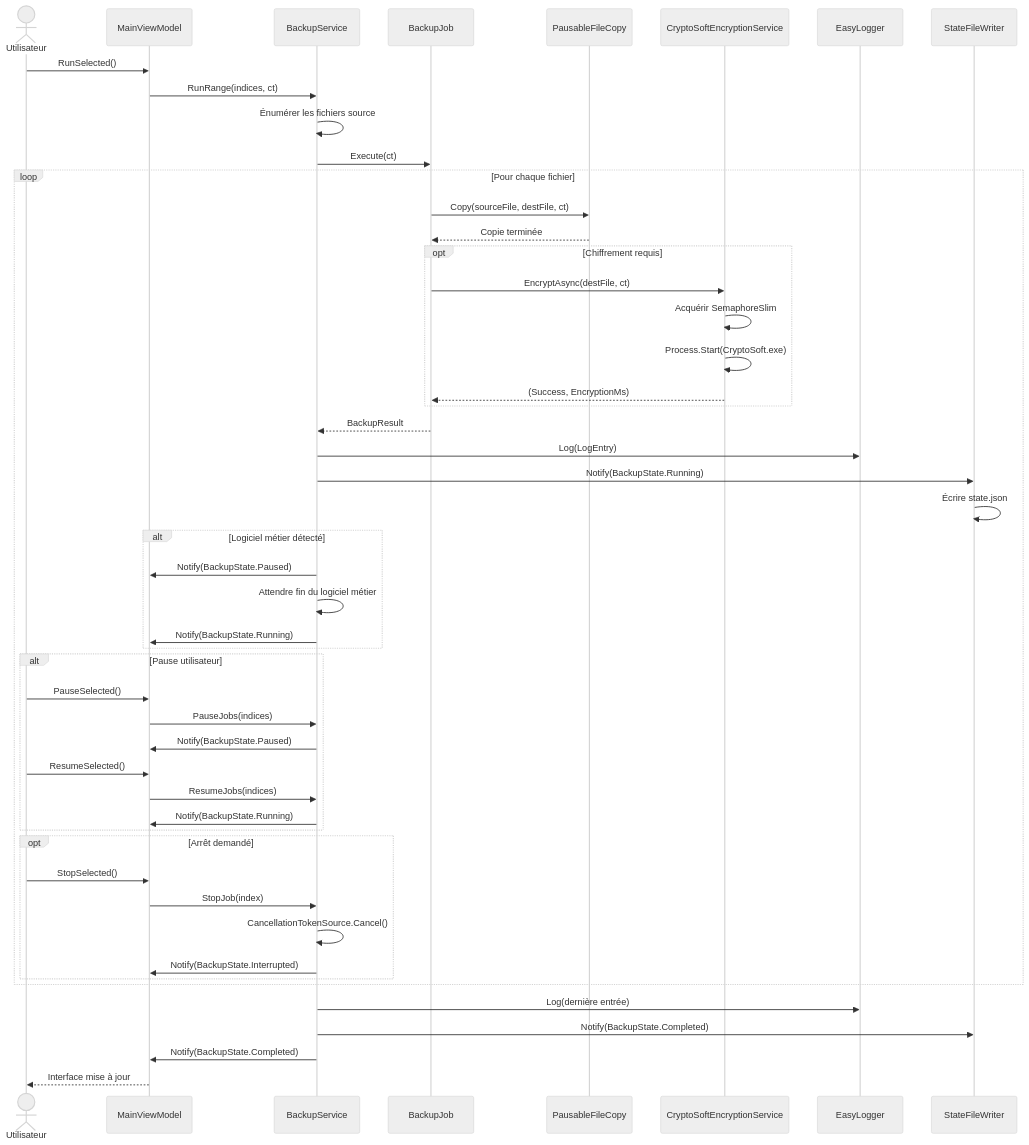
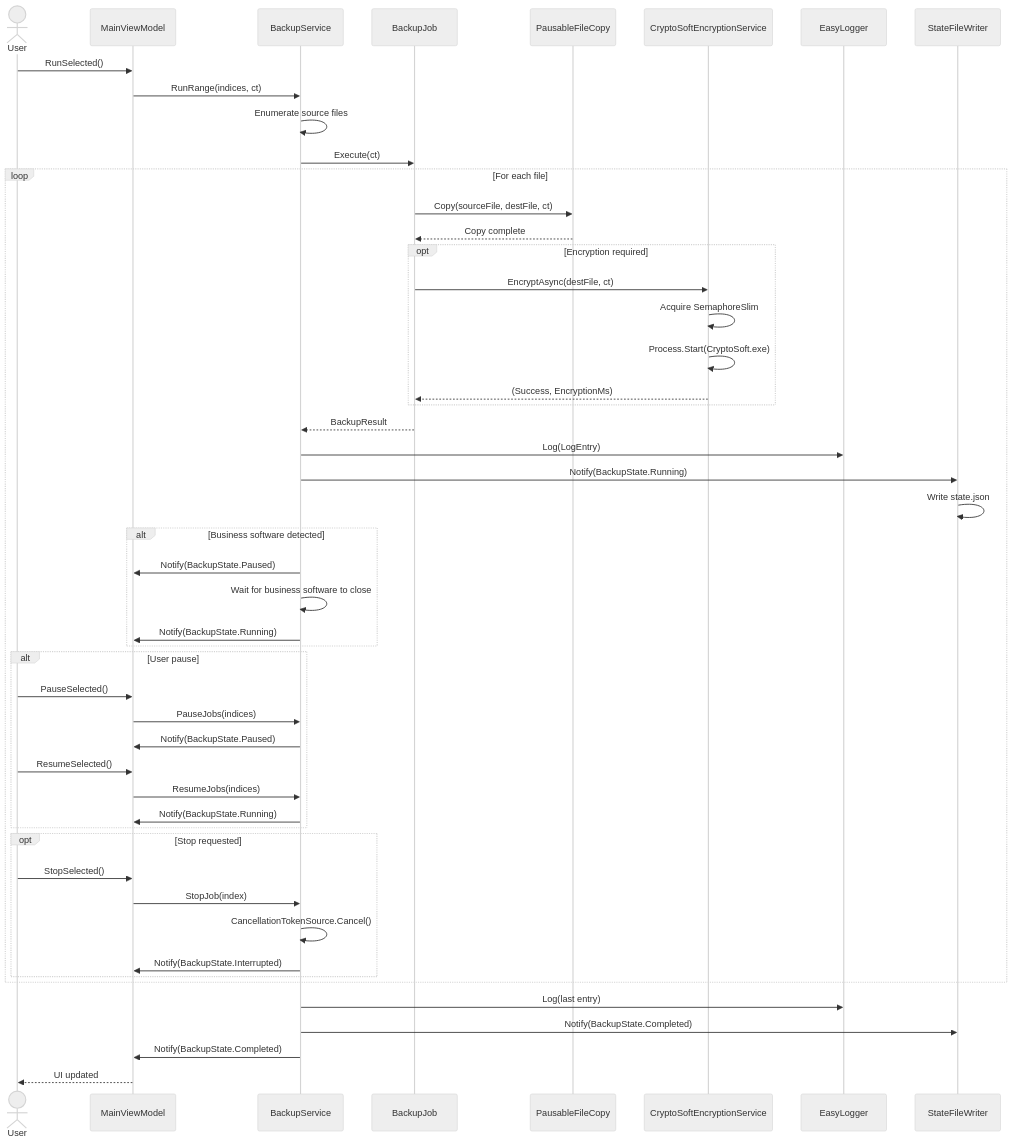
The third of 4 diagrams in docs/release-v3.0.md (Low8/EasySave), drawn with Mermaid (neutral theme) before and after one commit. The commit also changed other lines of this file, not shown here.

````diff
--- a/docs/release-v3.0.md
+++ b/docs/release-v3.0.md
@@ -500,60 +500,60 @@
 ```mermaid
 sequenceDiagram
-    actor User as Utilisateur
+    actor User as User
     participant MVM as MainViewModel
     participant BS as BackupService
     participant BJ as BackupJob
     participant PFC as PausableFileCopy
     participant CES as CryptoSoftEncryptionService
     participant EL as EasyLogger
     participant SFW as StateFileWriter
 
     User->>MVM: RunSelected()
     MVM->>BS: RunRange(indices, ct)
-    BS->>BS: Énumérer les fichiers source
+    BS->>BS: Enumerate source files
     BS->>BJ: Execute(ct)
 
-    loop Pour chaque fichier
+    loop For each file
         BJ->>PFC: Copy(sourceFile, destFile, ct)
-        PFC-->>BJ: Copie terminée
+        PFC-->>BJ: Copy complete
 
-        opt Chiffrement requis
+        opt Encryption required
             BJ->>CES: EncryptAsync(destFile, ct)
-            CES->>CES: Acquérir SemaphoreSlim
+            CES->>CES: Acquire SemaphoreSlim
             CES->>CES: Process.Start(CryptoSoft.exe)
             CES-->>BJ: (Success, EncryptionMs)
         end
 
         BJ-->>BS: BackupResult
         BS->>EL: Log(LogEntry)
         BS->>SFW: Notify(BackupState.Running)
-        SFW->>SFW: Écrire state.json
+        SFW->>SFW: Write state.json
 
-        alt Logiciel métier détecté
+        alt Business software detected
             BS->>MVM: Notify(BackupState.Paused)
-            BS->>BS: Attendre fin du logiciel métier
+            BS->>BS: Wait for business software to close
             BS->>MVM: Notify(BackupState.Running)
         end
 
-        alt Pause utilisateur
+        alt User pause
             User->>MVM: PauseSelected()
             MVM->>BS: PauseJobs(indices)
             BS->>MVM: Notify(BackupState.Paused)
             User->>MVM: ResumeSelected()
             MVM->>BS: ResumeJobs(indices)
             BS->>MVM: Notify(BackupState.Running)
         end
 
-        opt Arrêt demandé
+        opt Stop requested
             User->>MVM: StopSelected()
             MVM->>BS: StopJob(index)
             BS->>BS: CancellationTokenSource.Cancel()
             BS->>MVM: Notify(BackupState.Interrupted)
         end
     end
 
-    BS->>EL: Log(dernière entrée)
+    BS->>EL: Log(last entry)
     BS->>SFW: Notify(BackupState.Completed)
     BS->>MVM: Notify(BackupState.Completed)
-    MVM-->>User: Interface mise à jour
+    MVM-->>User: UI updated
 ```
````
